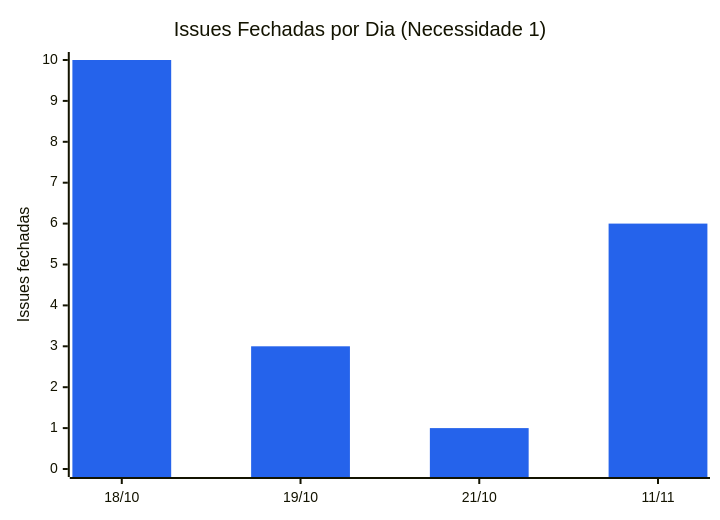
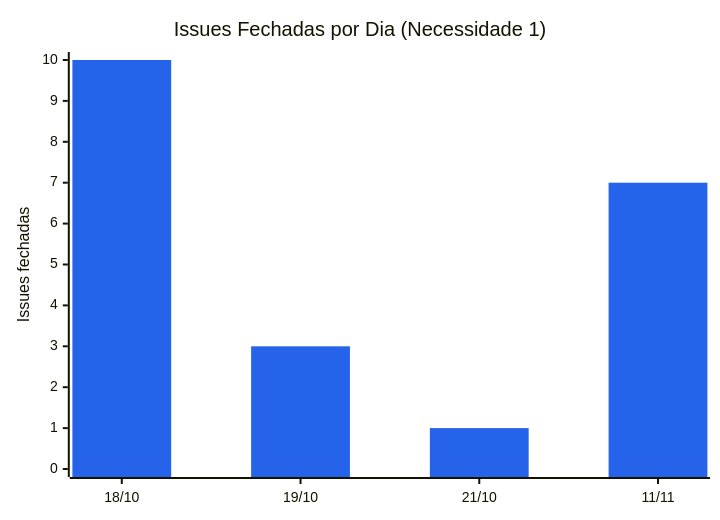
The diagram in snippets/necessidade-1-grafico.mmd (FCTE-Qualidade-de-Software-1/2026-2_T02_KAY_MCNULTY), drawn with Mermaid before and after one commit. The commit also changed 14 other files, not shown here.

```diff
--- a/snippets/necessidade-1-grafico.mmd
+++ b/snippets/necessidade-1-grafico.mmd
@@ -1,6 +1,6 @@
 %%{init: {"themeVariables": {"xyChart": {"plotColorPalette": "#2563eb, #7c3aed, #db2777, #ea580c, #16a34a, #0891b2"}}}}%%
 xychart-beta
     title "Issues Fechadas por Dia (Necessidade 1)"
     x-axis ["18/10", "19/10", "21/10", "11/11"]
     y-axis "Issues fechadas" 0 --> 10
-    bar [10, 3, 1, 6]
+    bar [10, 3, 1, 7]
```
